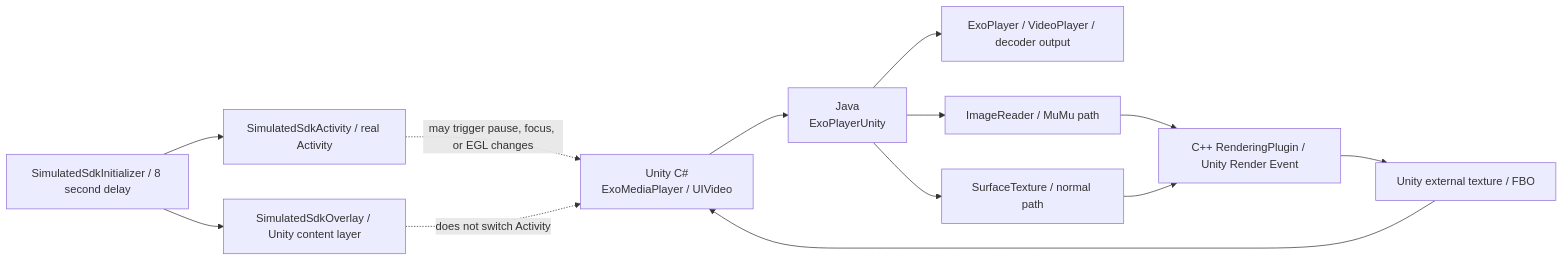
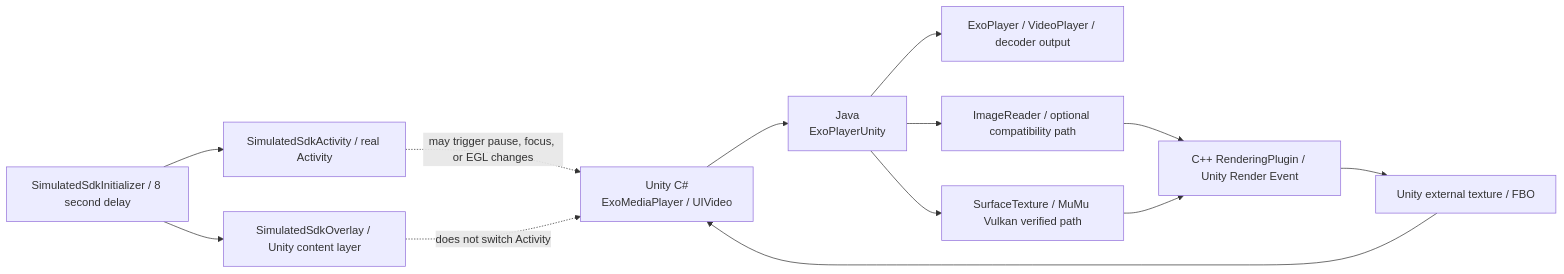
Before and after one commit to dfnum1/UniAndroidVideo: the diagram in VideoPlayback_Lifecycle_Summary.md, drawn with Mermaid. The commit also changed other lines of this file and 2 other files, not shown here.

````diff
--- a/VideoPlayback_Lifecycle_Summary.md
+++ b/VideoPlayback_Lifecycle_Summary.md
@@ -34,16 +38,16 @@
 ```mermaid
 flowchart LR
     CSharp["Unity C#\nExoMediaPlayer / UIVideo"] --> Java["Java\nExoPlayerUnity"]
     Java --> Exo["ExoPlayer / VideoPlayer / decoder output"]
-    Java --> Reader["ImageReader / MuMu path"]
-    Java --> SurfaceTexture["SurfaceTexture / normal path"]
+    Java --> Reader["ImageReader / optional compatibility path"]
+    Java --> SurfaceTexture["SurfaceTexture / MuMu Vulkan verified path"]
     Reader --> Native["C++ RenderingPlugin / Unity Render Event"]
     SurfaceTexture --> Native
     Native --> UnityTexture["Unity external texture / FBO"]
     UnityTexture --> CSharp
 
     Init["SimulatedSdkInitializer / 8 second delay"] --> Activity["SimulatedSdkActivity / real Activity"]
     Init --> Overlay["SimulatedSdkOverlay / Unity content layer"]
     Activity -. "may trigger pause, focus, or EGL changes" .-> CSharp
     Overlay -. "does not switch Activity" .-> CSharp
 ```
````
